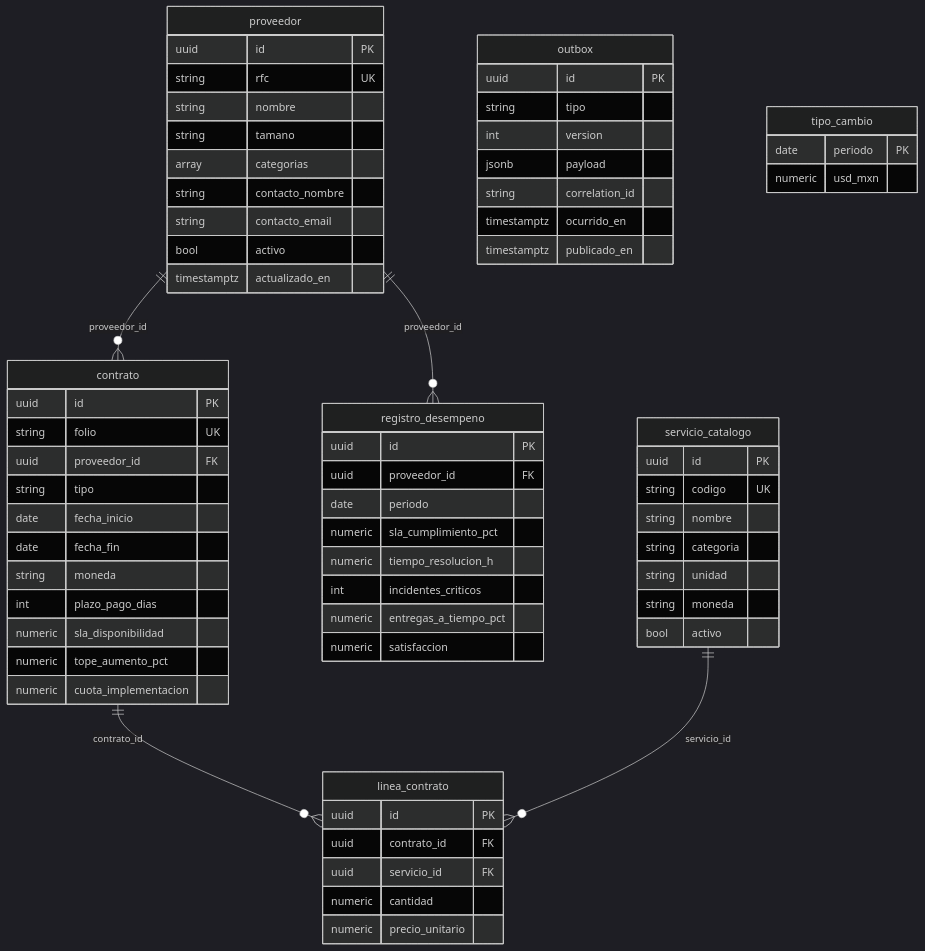
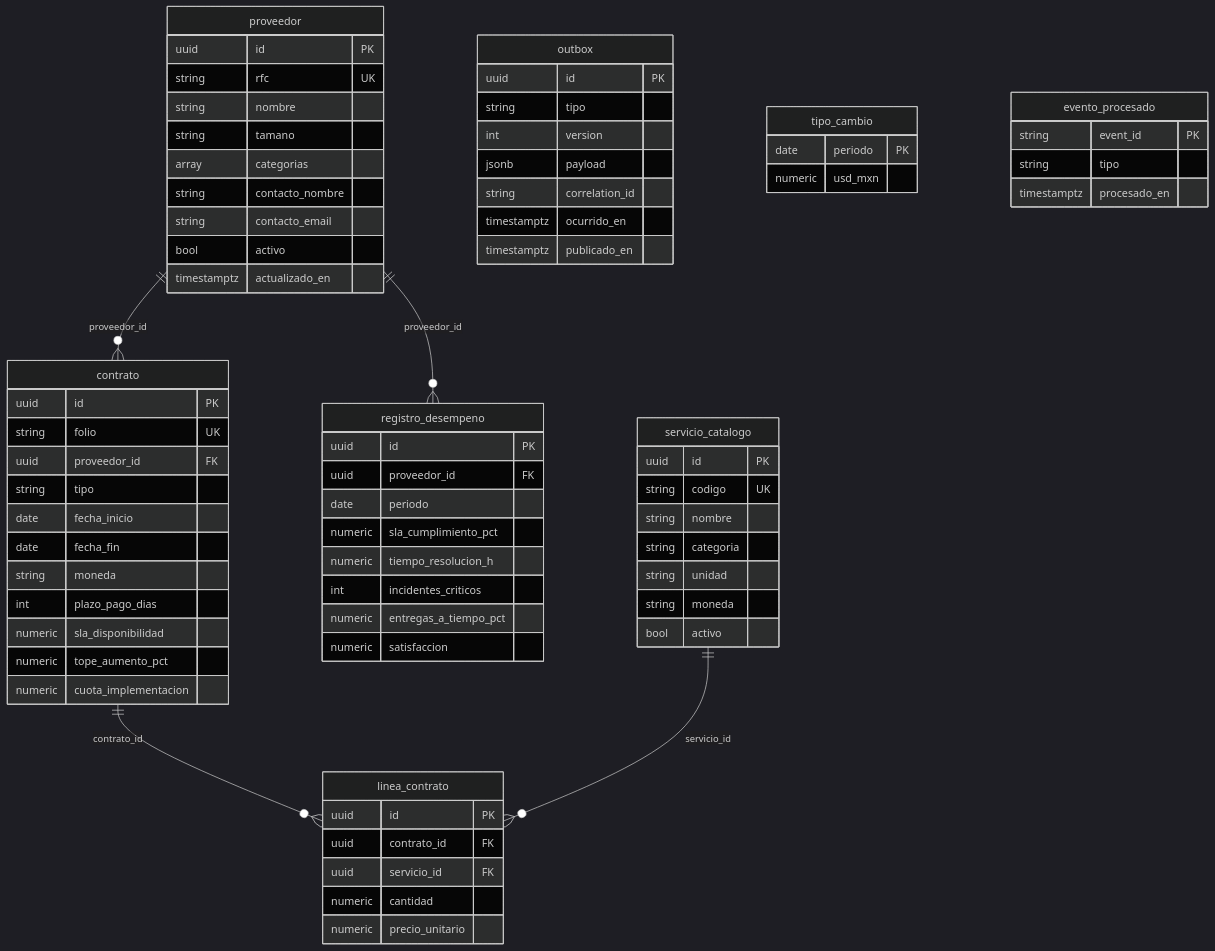
Before and after one commit to sibashdb/G19X-ITH-SDB-360-ACADEMIC: the first of 4 diagrams in docs/arquitectura/modelo-de-datos.md, drawn with Mermaid (dark theme). The commit also changed other lines of this file and 11 other files, not shown here.

````diff
--- a/docs/arquitectura/modelo-de-datos.md
+++ b/docs/arquitectura/modelo-de-datos.md
@@ -16,70 +16,75 @@
 ```mermaid
 erDiagram
   proveedor ||--o{ contrato : "proveedor_id"
   proveedor ||--o{ registro_desempeno : "proveedor_id"
   contrato ||--o{ linea_contrato : "contrato_id"
   servicio_catalogo ||--o{ linea_contrato : "servicio_id"
   outbox {
     uuid id PK
     string tipo
     int version
     jsonb payload
     string correlation_id
     timestamptz ocurrido_en
     timestamptz publicado_en
   }
   proveedor {
     uuid id PK
     string rfc UK
     string nombre
     string tamano
     array categorias
     string contacto_nombre
     string contacto_email
     bool activo
     timestamptz actualizado_en
   }
   servicio_catalogo {
     uuid id PK
     string codigo UK
     string nombre
     string categoria
     string unidad
     string moneda
     bool activo
   }
   tipo_cambio {
     date periodo PK
     numeric usd_mxn
   }
+  evento_procesado {
+    string event_id PK
+    string tipo
+    timestamptz procesado_en
+  }
   contrato {
     uuid id PK
     string folio UK
     uuid proveedor_id FK
     string tipo
     date fecha_inicio
     date fecha_fin
     string moneda
     int plazo_pago_dias
     numeric sla_disponibilidad
     numeric tope_aumento_pct
     numeric cuota_implementacion
   }
   registro_desempeno {
     uuid id PK
     uuid proveedor_id FK
     date periodo
     numeric sla_cumplimiento_pct
     numeric tiempo_resolucion_h
     int incidentes_criticos
     numeric entregas_a_tiempo_pct
     numeric satisfaccion
   }
   linea_contrato {
     uuid id PK
     uuid contrato_id FK
     uuid servicio_id FK
     numeric cantidad
     numeric precio_unitario
   }
 ```
````
